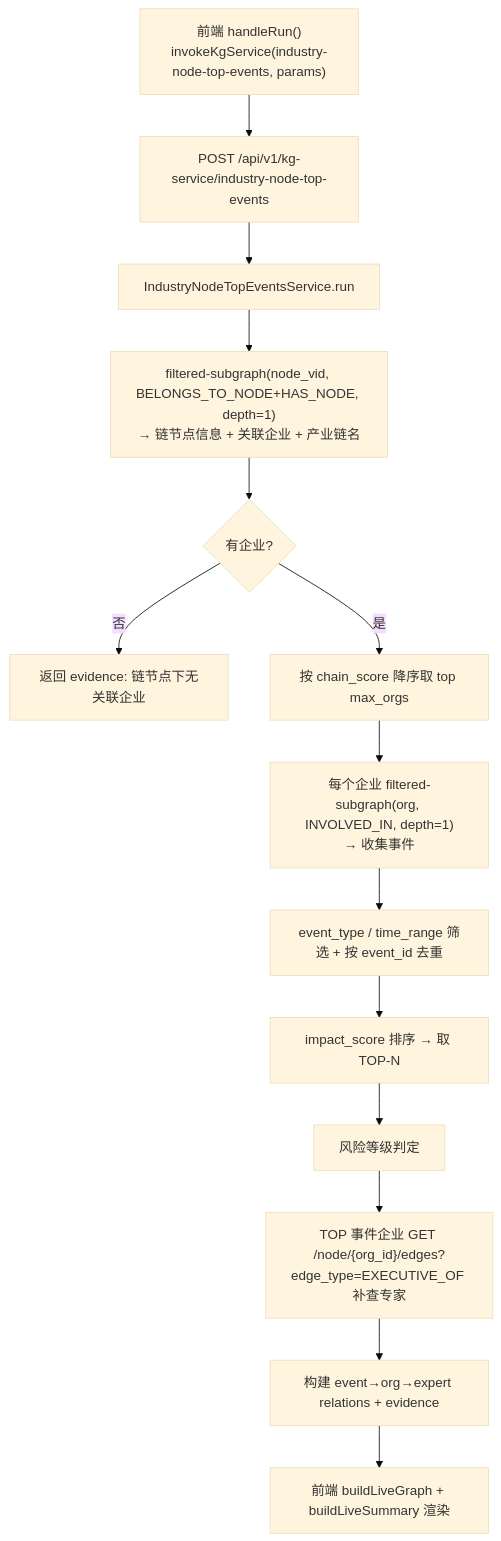
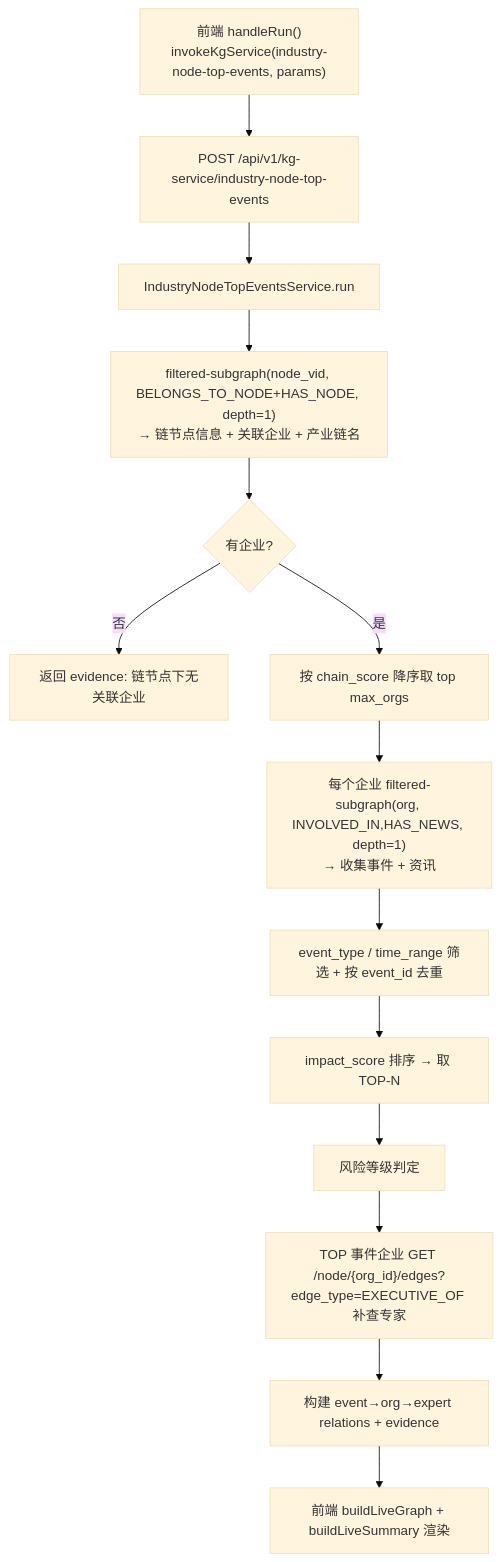
One commit to Marisolebxf/tech-kg-api changed the second of 3 diagrams in docs/business-service-key-enterprise-and-topn-events.md. Above: the diagram before and after it, drawn with Mermaid (base theme). The commit also changed other lines of this file and 8 other files, not shown here.

````diff
--- a/docs/business-service-key-enterprise-and-topn-events.md
+++ b/docs/business-service-key-enterprise-and-topn-events.md
@@ -127,16 +160,16 @@
 ```mermaid
 flowchart TD
     A["前端 handleRun()<br/>invokeKgService(industry-node-top-events, params)"] --> B["POST /api/v1/kg-service/industry-node-top-events"]
     B --> C["IndustryNodeTopEventsService.run"]
     C --> D["filtered-subgraph(node_vid, BELONGS_TO_NODE+HAS_NODE, depth=1)<br/>→ 链节点信息 + 关联企业 + 产业链名"]
     D --> E{有企业?}
     E -- 否 --> Z["返回 evidence: 链节点下无关联企业"]
     E -- 是 --> F["按 chain_score 降序取 top max_orgs"]
-    F --> G["每个企业 filtered-subgraph(org, INVOLVED_IN, depth=1)<br/>→ 收集事件"]
+    F --> G["每个企业 filtered-subgraph(org, INVOLVED_IN,HAS_NEWS, depth=1)<br/>→ 收集事件 + 资讯"]
     G --> H["event_type / time_range 筛选 + 按 event_id 去重"]
     H --> I["impact_score 排序 → 取 TOP-N"]
     I --> J["风险等级判定"]
     J --> K["TOP 事件企业 GET /node/{org_id}/edges?edge_type=EXECUTIVE_OF 补查专家"]
     K --> L["构建 event→org→expert relations + evidence"]
     L --> M["前端 buildLiveGraph + buildLiveSummary 渲染"]
 ```
````
